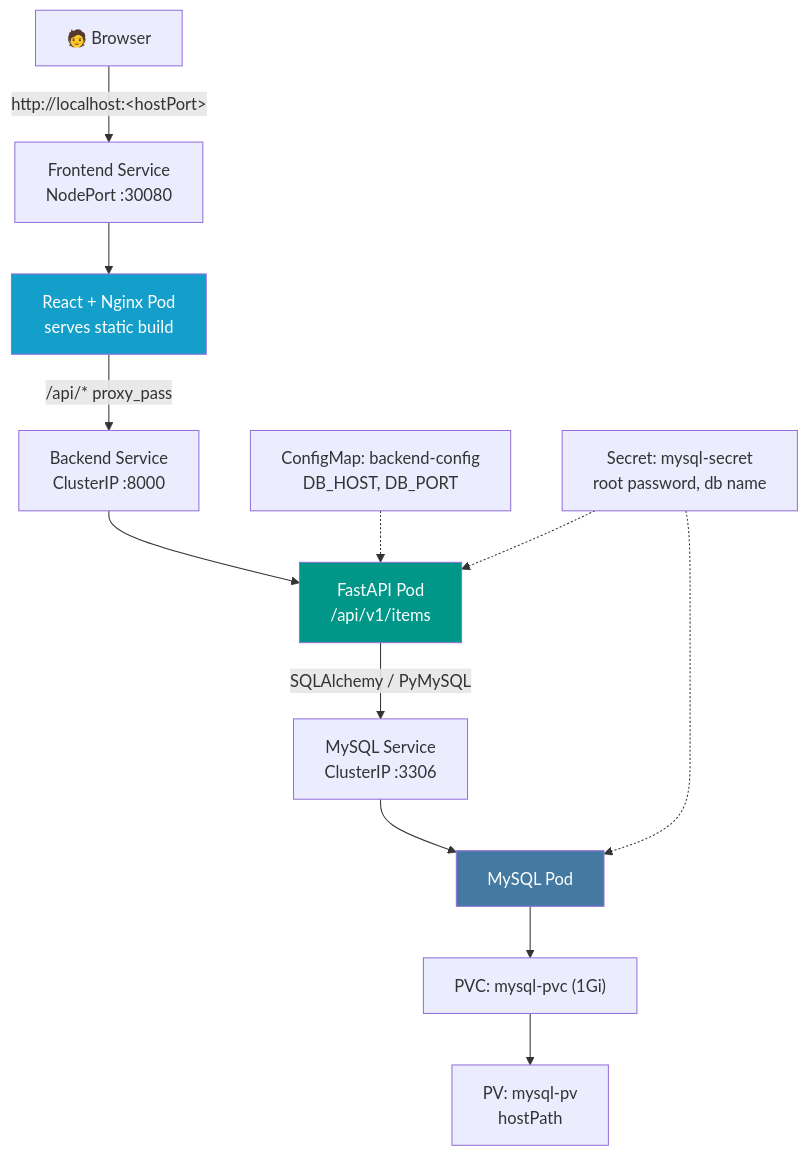
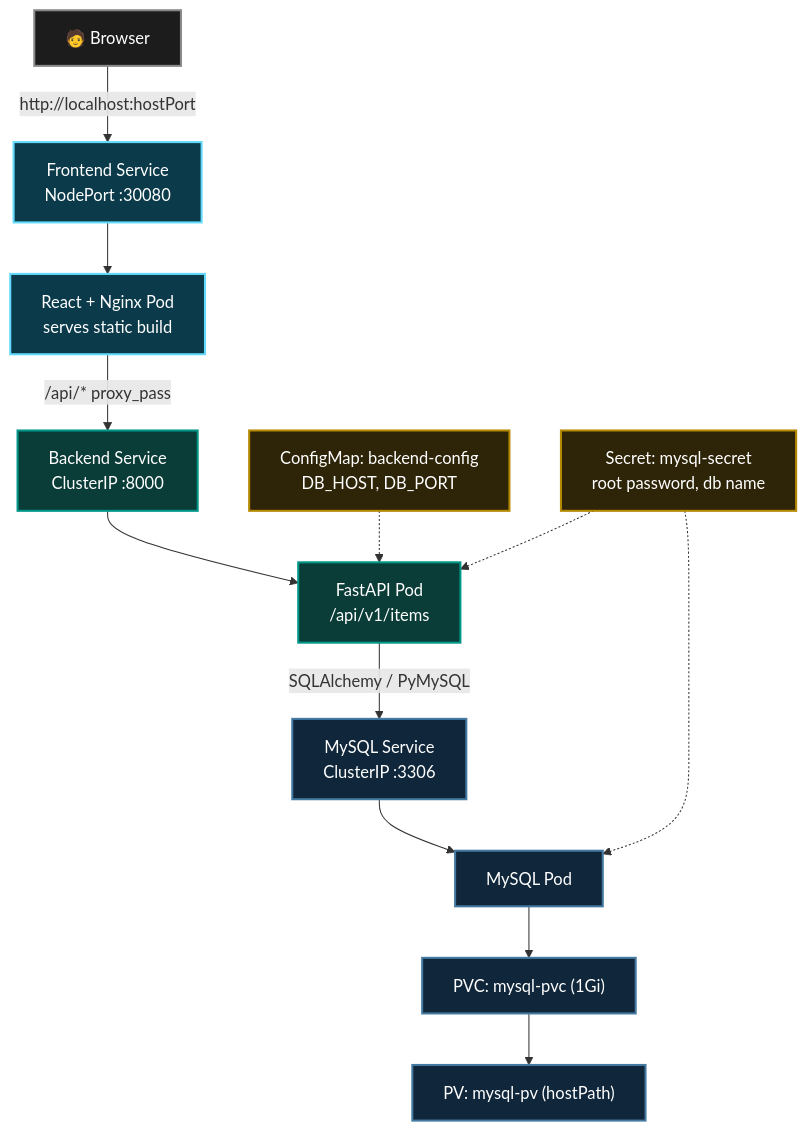
One commit to ArshadKhan-007/Three-Tier-Kubernetes-App changed the first of 2 diagrams in README.md. Above: the diagram before and after it, drawn with Mermaid. The commit also changed other lines of this file, not shown here.

````diff
--- a/README.md
+++ b/README.md
@@ -68,19 +61,27 @@
 ```mermaid
-graph TD
-    U["🧑 Browser"] -->|"http://localhost:&lt;hostPort&gt;"| FESVC["Frontend Service<br/>NodePort :30080"]
+flowchart TD
+    U["🧑 Browser"] -->|"http://localhost:hostPort"| FESVC["Frontend Service<br/>NodePort :30080"]
     FESVC --> FEPOD["React + Nginx Pod<br/>serves static build"]
     FEPOD -->|"/api/* proxy_pass"| BESVC["Backend Service<br/>ClusterIP :8000"]
     BESVC --> BEPOD["FastAPI Pod<br/>/api/v1/items"]
     BEPOD -->|"SQLAlchemy / PyMySQL"| DBSVC["MySQL Service<br/>ClusterIP :3306"]
     DBSVC --> DBPOD["MySQL Pod"]
     DBPOD --> PVC["PVC: mysql-pvc (1Gi)"]
-    PVC --> PV["PV: mysql-pv<br/>hostPath"]
+    PVC --> PV["PV: mysql-pv (hostPath)"]
 
     CM["ConfigMap: backend-config<br/>DB_HOST, DB_PORT"] -.-> BEPOD
     SEC["Secret: mysql-secret<br/>root password, db name"] -.-> BEPOD
     SEC -.-> DBPOD
 
-    style FEPOD fill:#149eca,color:#fff
-    style BEPOD fill:#009688,color:#fff
-    style DBPOD fill:#4479A1,color:#fff
+    classDef fe fill:#0b3a4a,stroke:#61dafb,stroke-width:2px,color:#fff
+    classDef be fill:#0b3d38,stroke:#009688,stroke-width:2px,color:#fff
+    classDef db fill:#10263a,stroke:#4479a1,stroke-width:2px,color:#fff
+    classDef cfg fill:#2e2408,stroke:#b58900,stroke-width:2px,color:#fff
+    classDef ext fill:#1c1c1c,stroke:#888,stroke-width:2px,color:#fff
+
+    class FESVC,FEPOD fe
+    class BESVC,BEPOD be
+    class DBSVC,DBPOD,PVC,PV db
+    class CM,SEC cfg
+    class U ext
 ```
````
